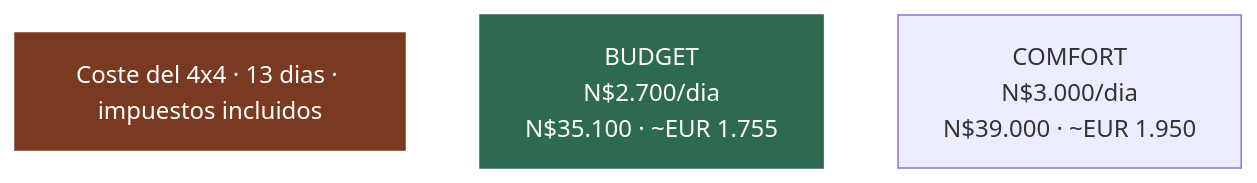
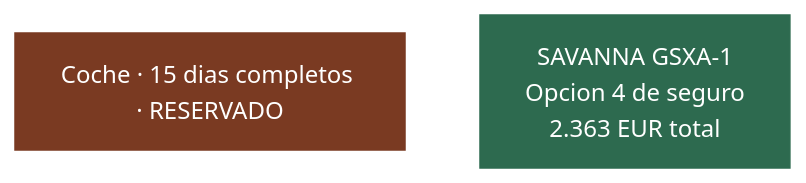
The second of 8 diagrams in 02-presupuesto.md (morandeirachema/namibia), drawn with Mermaid before and after one commit. The commit also changed other lines of this file and 14 other files, not shown here.

````diff
--- a/02-presupuesto.md
+++ b/02-presupuesto.md
@@ -83,10 +76,8 @@
 ```mermaid
 flowchart LR
-    T["Coste del 4x4 · 13 dias · impuestos incluidos"]
-    n0["BUDGET<br/>N$2.700/dia<br/>N$35.100 · ~EUR 1.755"]
-    n1["COMFORT<br/>N$3.000/dia<br/>N$39.000 · ~EUR 1.950"]
+    T["Coche · 15 dias completos · RESERVADO"]
+    n0["SAVANNA GSXA-1<br/>Opcion 4 de seguro<br/>2.363 EUR total"]
     T ~~~ n0
-    n0 ~~~ n1
     style T fill:#7a3a22,color:#fff,stroke:#7a3a22
     style n0 fill:#2d6a4f,color:#fff,stroke:#2d6a4f
 ```
````
